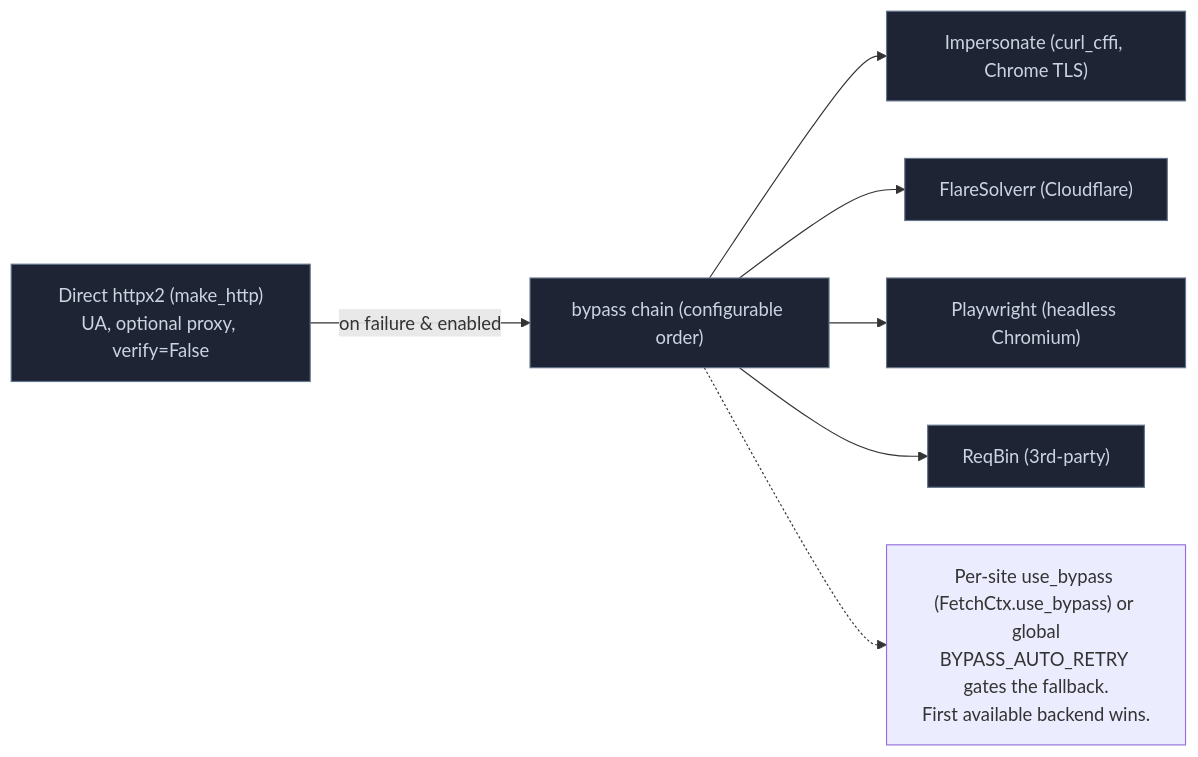
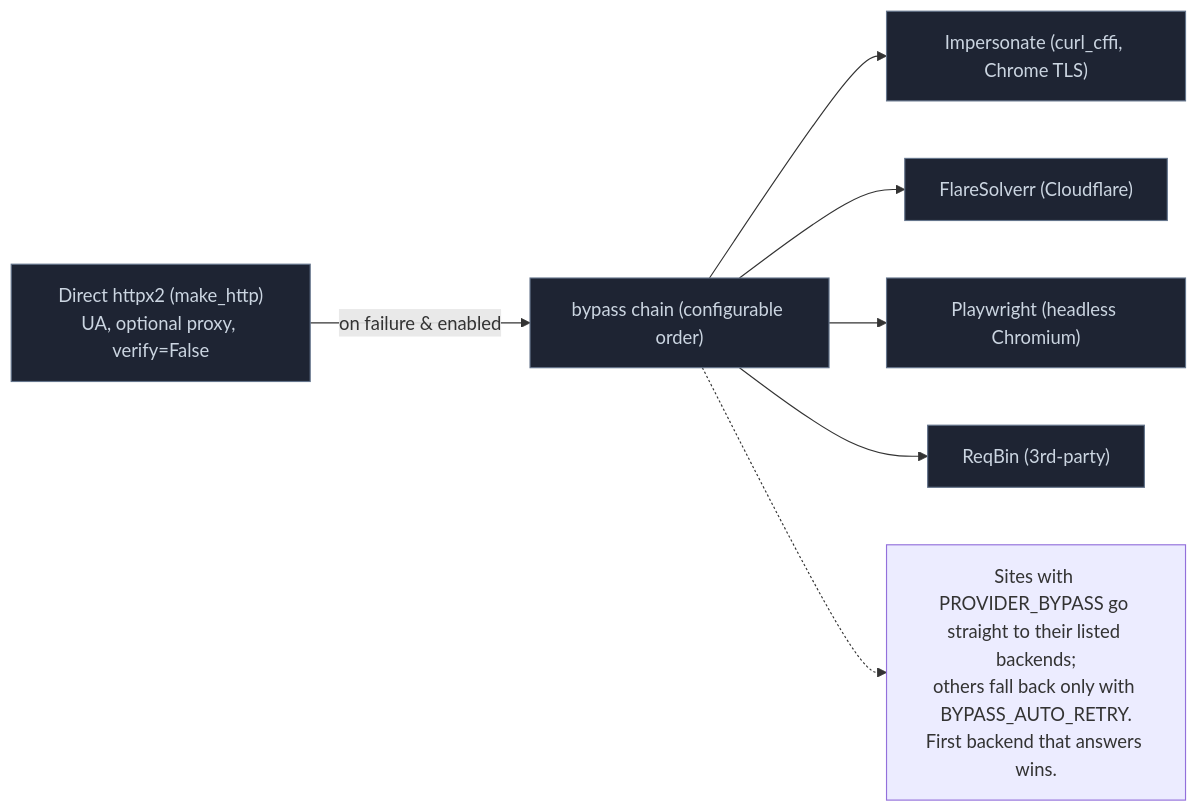
Before and after one commit to PhoenixAdultProvider/PhoenixAdult: the diagram in docs/design/http-bypass.md, drawn with Mermaid. The commit also changed other lines of this file and 64 other files, not shown here.

````diff
--- a/docs/design/http-bypass.md
+++ b/docs/design/http-bypass.md
@@ -8,18 +8,18 @@
 ```mermaid
 flowchart LR
   classDef u fill:#1e2433,stroke:#64748b,color:#cbd5e1;
   direct["Direct httpx2 (make_http)<br/>UA, optional proxy, verify=False"]:::u
   chain["bypass chain (configurable order)"]:::u
   im["Impersonate (curl_cffi, Chrome TLS)"]:::u
   fs["FlareSolverr (Cloudflare)"]:::u
   pw["Playwright (headless Chromium)"]:::u
   rb["ReqBin (3rd-party)"]:::u
 
   direct -->|"on failure & enabled"| chain
   chain --> im
   chain --> fs
   chain --> pw
   chain --> rb
-  note1["Per-site use_bypass (FetchCtx.use_bypass) or global<br/>BYPASS_AUTO_RETRY gates the fallback.<br/>First available backend wins."]
+  note1["Sites with PROVIDER_BYPASS go straight to their listed backends;<br/>others fall back only with BYPASS_AUTO_RETRY.<br/>First backend that answers wins."]
   chain -.-> note1
 ```
````
